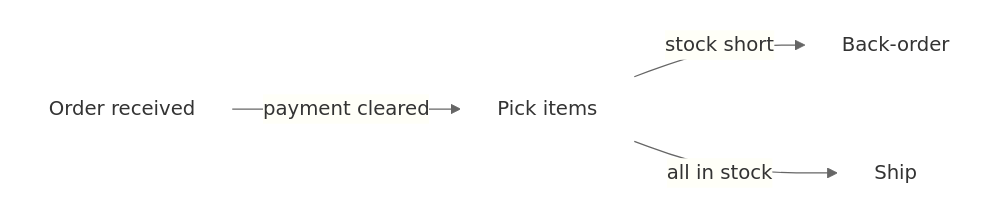
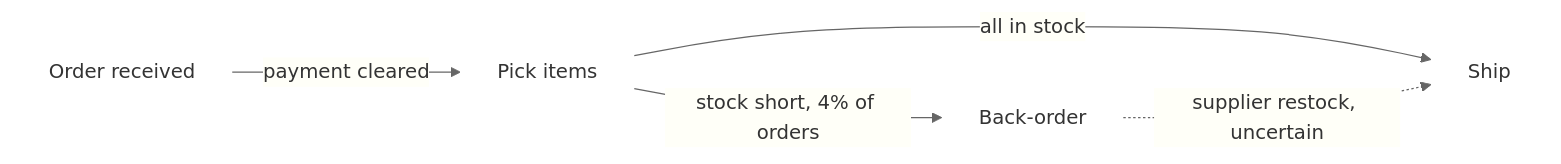
Before and after one commit to mayar-ariss/tufte-data-viz: the first of 2 diagrams in rules/diagrams-flowcharts.md, drawn with Mermaid. The commit also changed other lines of this file, not shown here.

First line of the commit message:
Diagrams: add Tufte's practices for links, nouns, flows, comparison and documentation

````diff
--- a/rules/diagrams-flowcharts.md
+++ b/rules/diagrams-flowcharts.md
@@ -80,10 +133,11 @@
 ```mermaid
 %%{init: {"themeVariables": {"edgeLabelBackground": "#fffff8"}}}%%
 flowchart LR
   A[Order received] -->|payment cleared| B[Pick items]
-  B -->|stock short| C[Back-order]
+  B -->|stock short, 4% of orders| C[Back-order]
   B -->|all in stock| D[Ship]
+  C -.->|supplier restock, uncertain| D
   classDef plain fill:none,stroke:none;
   class A,B,C,D plain;
   linkStyle default stroke:#666,stroke-width:1px;
 ```
````
